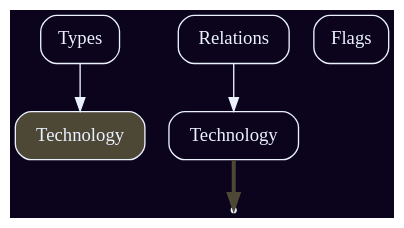
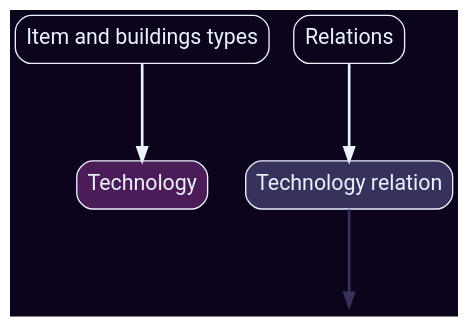
Before and after one commit to Sheridan/dsp_tools: the diagram in graph/result/legend_tech.gv, drawn with Graphviz. The commit also changed 24 other files, not shown here.

```diff
--- a/graph/result/legend_tech.gv
+++ b/graph/result/legend_tech.gv
@@ -1,8 +1,13 @@
 digraph g {
-  graph [overlap=false, splines=ortho, ratio=auto, bgcolor="#0c041c", fontcolor="#ebf2ff", fillcolor="#0c041c", rankdir="TB" fontname=Roboto, fontsize=10];
-  node [shape=box, style="rounded,filled", fontcolor="#ebf2ff", color="#ebf2ff"];
-  edge [fontcolor="#ebf2ff", color="#ebf2ff", penwidth=3, minlen=1];
-types [label="Types", fillcolor="#0c041c"]; assemblers [label="Relations", fillcolor="#0c041c"]; flags [label="Flags", fillcolor="#0c041c"];   tech [label="Technology", fillcolor="#4d4736"];
-  types -> tech [penwidth=1];
-  tech_a [label="Technology", fillcolor="#0c041c"]; tech_b [shape=point]; assemblers -> tech_a [penwidth=1]; tech_a -> tech_b [color="#4d4736"]; 
-  }
+  graph [ overlap="false"  fontname="Roboto"  fontsize="16"  splines="ortho"  ratio="auto"  rankdir="TB"  fontcolor="#ebf2ff"  bgcolor="#0c041c"  fillcolor="#0c041c" ];
+  node [ fontname="Roboto"  fontsize="16"  shape="box"  style="rounded,filled"  fontcolor="#ebf2ff"  color="#ebf2ff" ];
+  edge [ fontname="Roboto"  fontsize="16"  fontcolor="#ebf2ff"  color="#ebf2ff"  penwidth="2"  minlen="2" ];
+  item_and_buildings_types [label="Item and buildings types" fillcolor="#0c041c"];
+  technology [label="Technology" fillcolor="#4b1c57"];
+  item_and_buildings_types -> technology [color="#ebf2ff"];
+  relations [label="Relations" fillcolor="#0c041c"];
+  a_technology_relation [label="Technology relation" fillcolor="#36325b"];
+  relations -> a_technology_relation [color="#ebf2ff"];
+  b_technology_relation [label="" shape="point" fillcolor="#0c041c" color="#0c041c"];
+  a_technology_relation -> b_technology_relation [color="#36325b"];
+}
```
